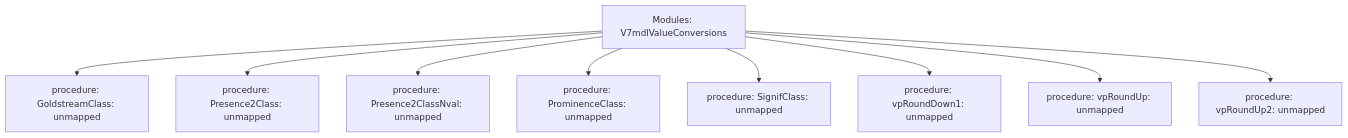
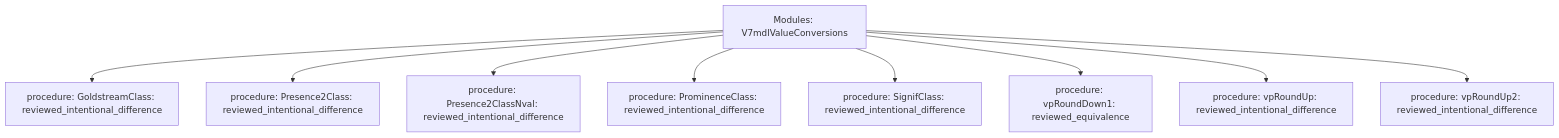
One commit to Boostao/vpro changed the diagram in data-raw/parity/generated/trees/modules-v7mdlvalueconversions.mmd. Above: the diagram before and after it, drawn with Mermaid. The commit also changed 27 other files, not shown here.

```diff
--- a/data-raw/parity/generated/trees/modules-v7mdlvalueconversions.mmd
+++ b/data-raw/parity/generated/trees/modules-v7mdlvalueconversions.mmd
@@ -1,10 +1,10 @@
 flowchart TD
   root[Modules: V7mdlValueConversions]
-  root --> n1[procedure: GoldstreamClass: unmapped]
-  root --> n2[procedure: Presence2Class: unmapped]
-  root --> n3[procedure: Presence2ClassNval: unmapped]
-  root --> n4[procedure: ProminenceClass: unmapped]
-  root --> n5[procedure: SignifClass: unmapped]
-  root --> n6[procedure: vpRoundDown1: unmapped]
-  root --> n7[procedure: vpRoundUp: unmapped]
-  root --> n8[procedure: vpRoundUp2: unmapped]
+  root --> n1[procedure: GoldstreamClass: reviewed_intentional_difference]
+  root --> n2[procedure: Presence2Class: reviewed_intentional_difference]
+  root --> n3[procedure: Presence2ClassNval: reviewed_intentional_difference]
+  root --> n4[procedure: ProminenceClass: reviewed_intentional_difference]
+  root --> n5[procedure: SignifClass: reviewed_intentional_difference]
+  root --> n6[procedure: vpRoundDown1: reviewed_equivalence]
+  root --> n7[procedure: vpRoundUp: reviewed_intentional_difference]
+  root --> n8[procedure: vpRoundUp2: reviewed_intentional_difference]
```
